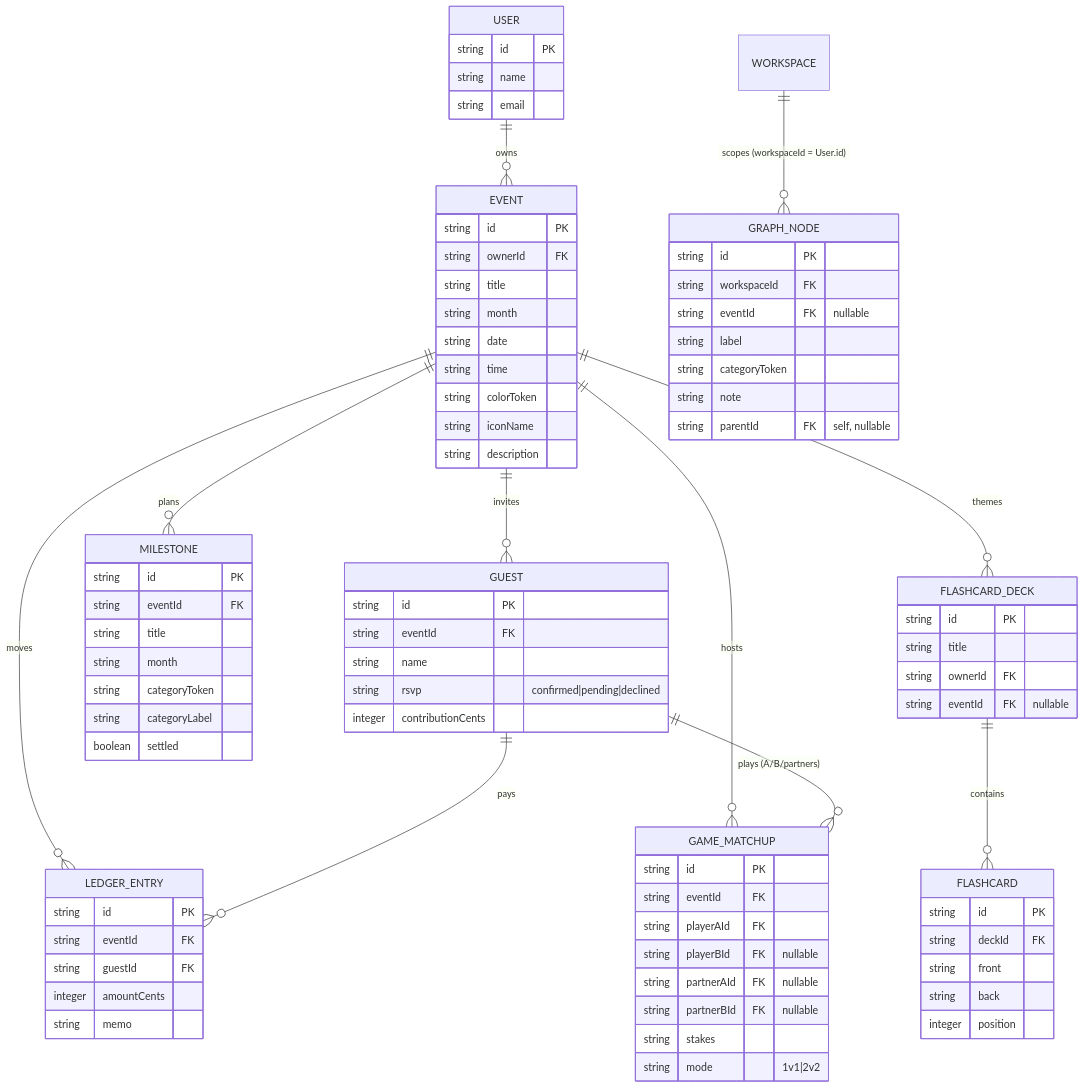
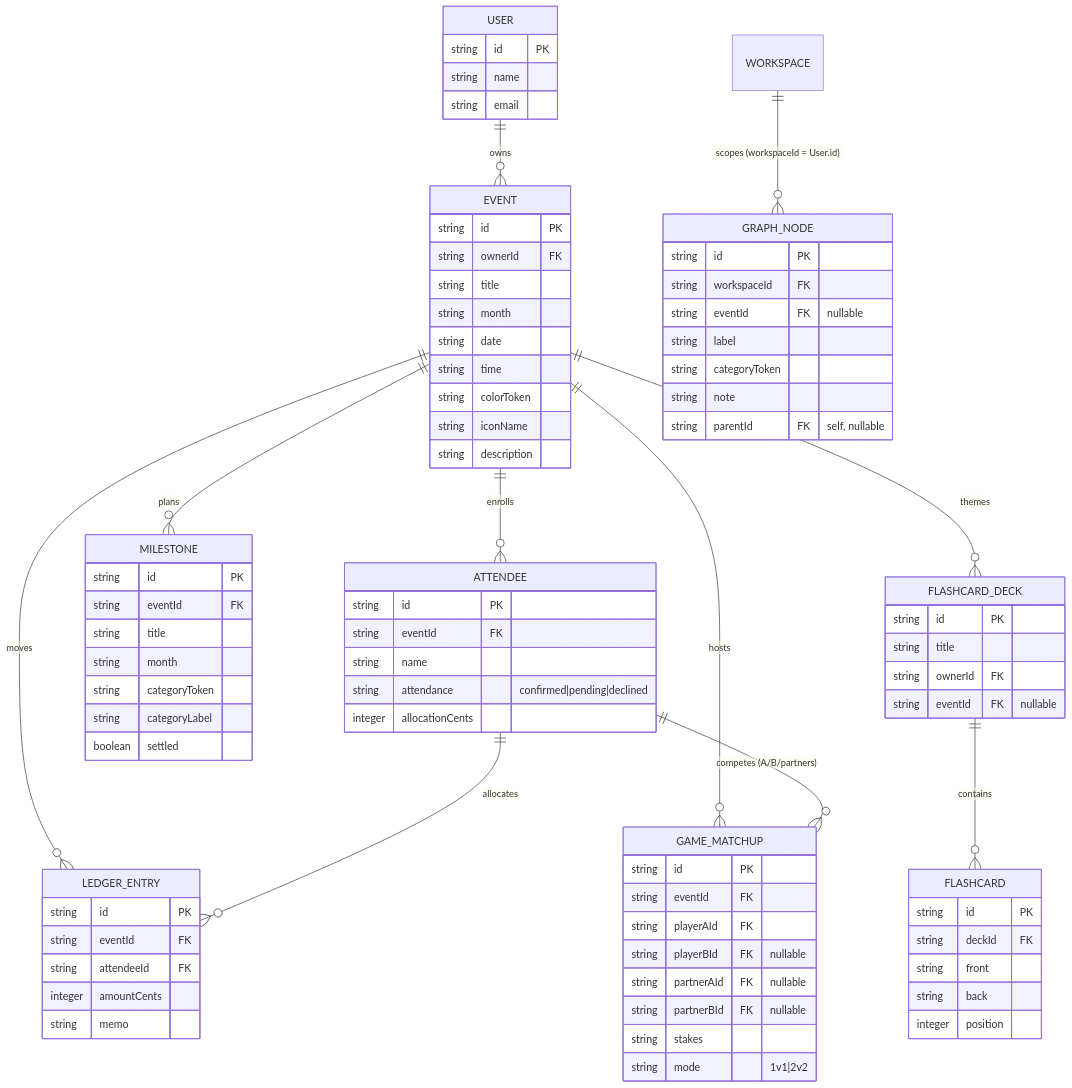
One commit to Carcolacha/signature-style changed the diagram in docs/SCHEMA_V3.md. Above: the diagram before and after it, drawn with Mermaid. The commit also changed other lines of this file and 62 other files, not shown here.

````diff
--- a/docs/SCHEMA_V3.md
+++ b/docs/SCHEMA_V3.md
@@ -38,67 +38,67 @@
 ```mermaid
 erDiagram
     USER ||--o{ EVENT : owns
-    EVENT ||--o{ GUEST : invites
+    EVENT ||--o{ ATTENDEE : enrolls
     EVENT ||--o{ LEDGER_ENTRY : moves
     EVENT ||--o{ MILESTONE : plans
     EVENT ||--o{ GAME_MATCHUP : hosts
     EVENT ||--o{ FLASHCARD_DECK : themes
-    GUEST ||--o{ LEDGER_ENTRY : pays
-    GUEST ||--o{ GAME_MATCHUP : "plays (A/B/partners)"
+    ATTENDEE ||--o{ LEDGER_ENTRY : allocates
+    ATTENDEE ||--o{ GAME_MATCHUP : "competes (A/B/partners)"
     FLASHCARD_DECK ||--o{ FLASHCARD : contains
     WORKSPACE ||--o{ GRAPH_NODE : "scopes (workspaceId = User.id)"
 
     USER            { string id PK
                       string name
                       string email }
     EVENT           { string id PK
                       string ownerId FK
                       string title
                       string month
                       string date
                       string time
                       string colorToken
                       string iconName
                       string description }
-    GUEST           { string id PK
+    ATTENDEE        { string id PK
                       string eventId FK
                       string name
-                      string rsvp "confirmed|pending|declined"
-                      integer contributionCents }
+                      string attendance "confirmed|pending|declined"
+                      integer allocationCents }
     LEDGER_ENTRY    { string id PK
                       string eventId FK
-                      string guestId FK
+                      string attendeeId FK
                       integer amountCents
                       string memo }
     MILESTONE       { string id PK
                       string eventId FK
                       string title
                       string month
                       string categoryToken
                       string categoryLabel
                       boolean settled }
     GRAPH_NODE      { string id PK
                       string workspaceId FK
                       string eventId FK "nullable"
                       string label
                       string categoryToken
                       string note
                       string parentId FK "self, nullable" }
     FLASHCARD_DECK  { string id PK
                       string title
                       string ownerId FK
                       string eventId FK "nullable" }
     FLASHCARD       { string id PK
                       string deckId FK
                       string front
                       string back
                       integer position }
     GAME_MATCHUP    { string id PK
                       string eventId FK
                       string playerAId FK
                       string playerBId FK "nullable"
                       string partnerAId FK "nullable"
                       string partnerBId FK "nullable"
                       string stakes
                       string mode "1v1|2v2" }
 ```
````
